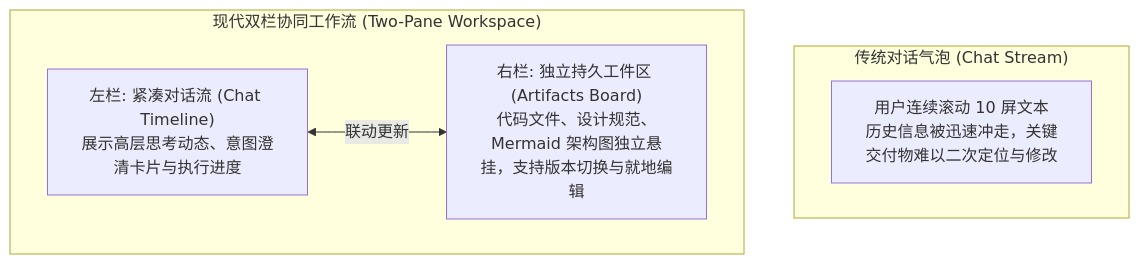
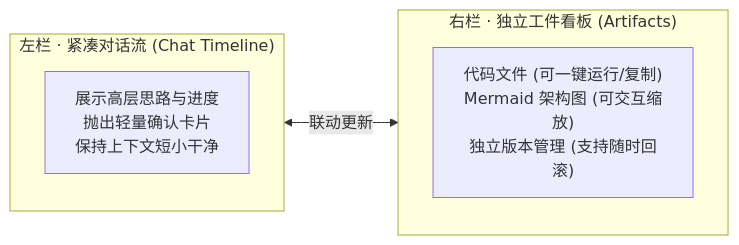
The second of 2 diagrams in app/ch06-interaction/03-human-in-the-loop-collaboration/page.mdx (ljh12138164/ai-agent-study), drawn with Mermaid before and after one commit. The commit also changed other lines of this file and 43 other files, not shown here.

````diff
--- a/app/ch06-interaction/03-human-in-the-loop-collaboration/page.mdx
+++ b/app/ch06-interaction/03-human-in-the-loop-collaboration/page.mdx
@@ -56,12 +48,12 @@
 ```mermaid
-graph TD
-    subgraph ChatBubble["传统对话气泡 (Chat Stream)"]
-        CB["用户连续滚动 10 屏文本<br/>历史信息被迅速冲走，关键交付物难以二次定位与修改"]
+flowchart LR
+    subgraph LeftPane["左栏 · 紧凑对话流 (Chat Timeline)"]
+        L1["展示高层思路与进度<br/>抛出轻量确认卡片<br/>保持上下文短小干净"]
     end
-    
-    subgraph ModernTwoPane["现代双栏协同工作流 (Two-Pane Workspace)"]
-        PaneL["左栏: 紧凑对话流 (Chat Timeline)<br/>展示高层思考动态、意图澄清卡片与执行进度"]
-        PaneR["右栏: 独立持久工件区 (Artifacts Board)<br/>代码文件、设计规范、Mermaid 架构图独立悬挂，支持版本切换与就地编辑"]
-        PaneL <-->|联动更新| PaneR
+
+    subgraph RightPane["右栏 · 独立工件看板 (Artifacts)"]
+        R1["代码文件 (可一键运行/复制)<br/>Mermaid 架构图 (可交互缩放)<br/>独立版本管理 (支持随时回滚)"]
     end
+
+    LeftPane <-->|联动更新| RightPane
 ```
````
